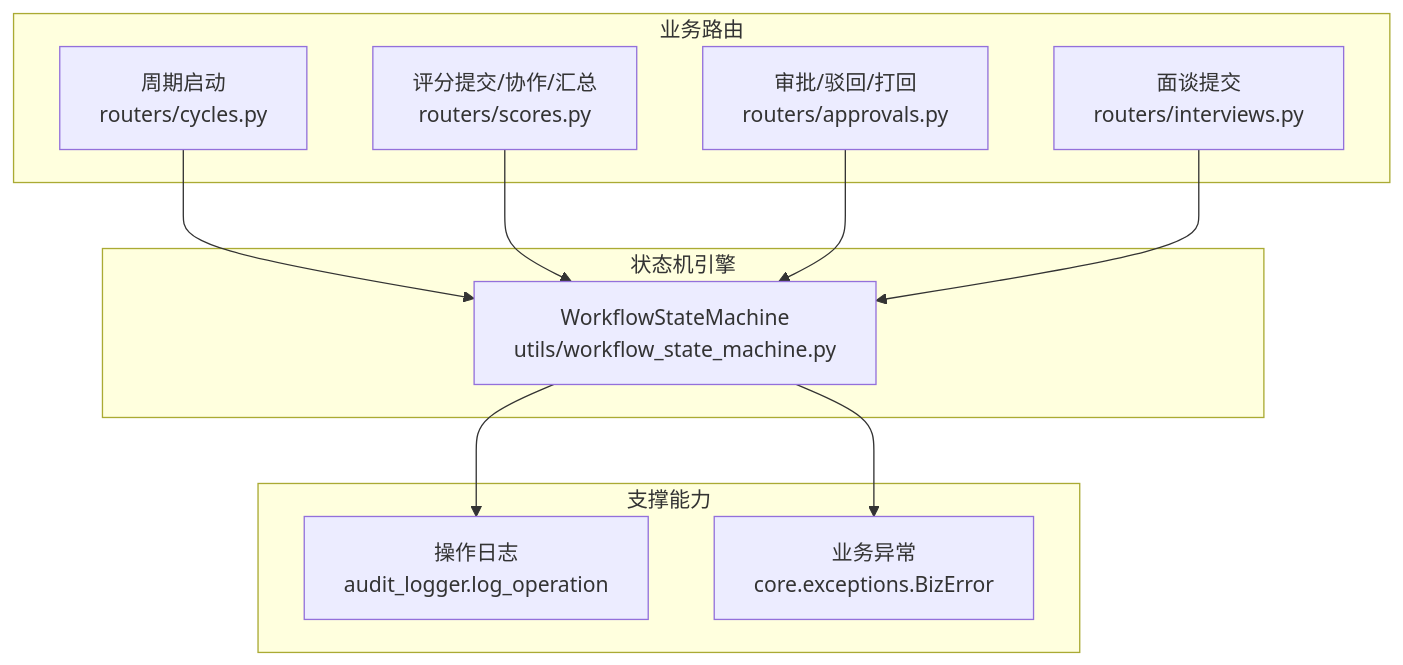
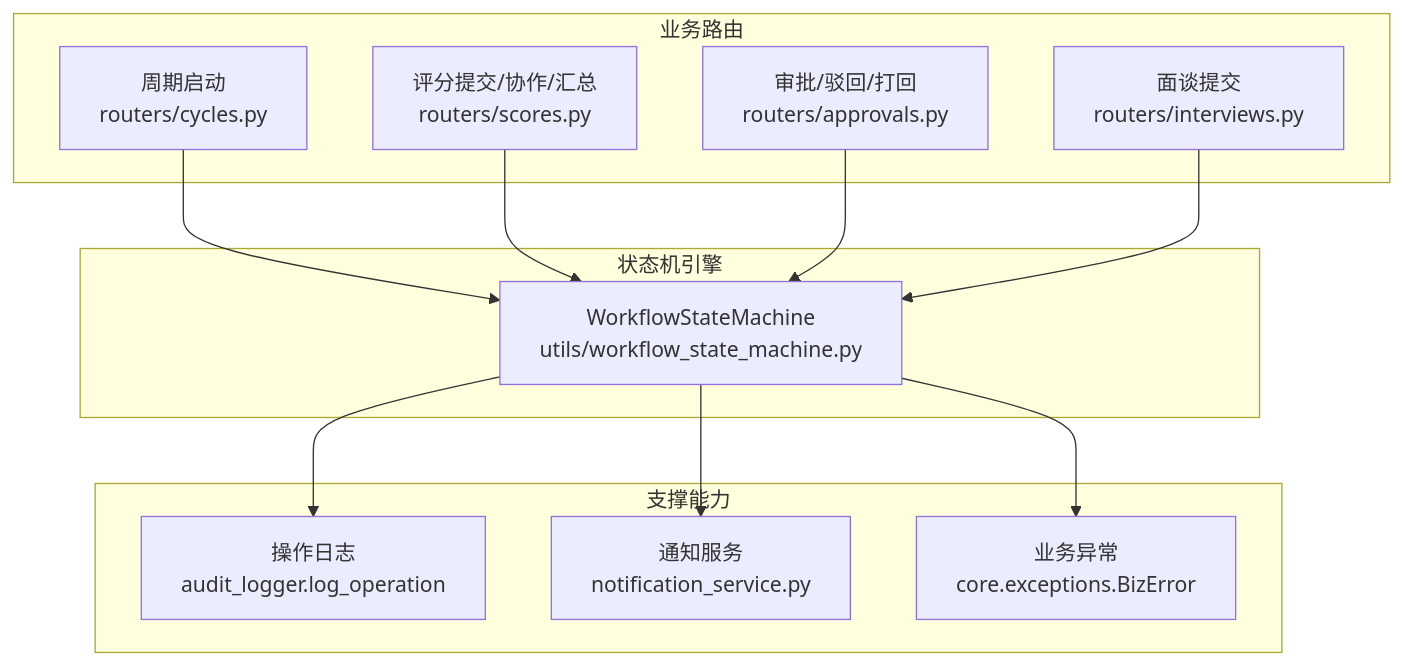
The first of 5 diagrams in .qoder/repowiki/zh/content/考核周期管理/状态机工作流引擎.md (xgd561/performance_evaluation_system), drawn with Mermaid before and after one commit. The commit also changed other lines of this file and 136 other files, not shown here.

````diff
--- a/.qoder/repowiki/zh/content/考核周期管理/状态机工作流引擎.md
+++ b/.qoder/repowiki/zh/content/考核周期管理/状态机工作流引擎.md
@@ -37,22 +49,24 @@
 ```mermaid
 graph TB
 subgraph "业务路由"
 R_C["周期启动<br/>routers/cycles.py"]
 R_S["评分提交/协作/汇总<br/>routers/scores.py"]
 R_A["审批/驳回/打回<br/>routers/approvals.py"]
 R_I["面谈提交<br/>routers/interviews.py"]
 end
 subgraph "状态机引擎"
 WSM["WorkflowStateMachine<br/>utils/workflow_state_machine.py"]
 end
 subgraph "支撑能力"
 LOG["操作日志<br/>audit_logger.log_operation"]
+NOTIF["通知服务<br/>notification_service.py"]
 EXC["业务异常<br/>core.exceptions.BizError"]
 end
 R_C --> WSM
 R_S --> WSM
 R_A --> WSM
 R_I --> WSM
 WSM --> LOG
+WSM --> NOTIF
 WSM --> EXC
 ```
````
